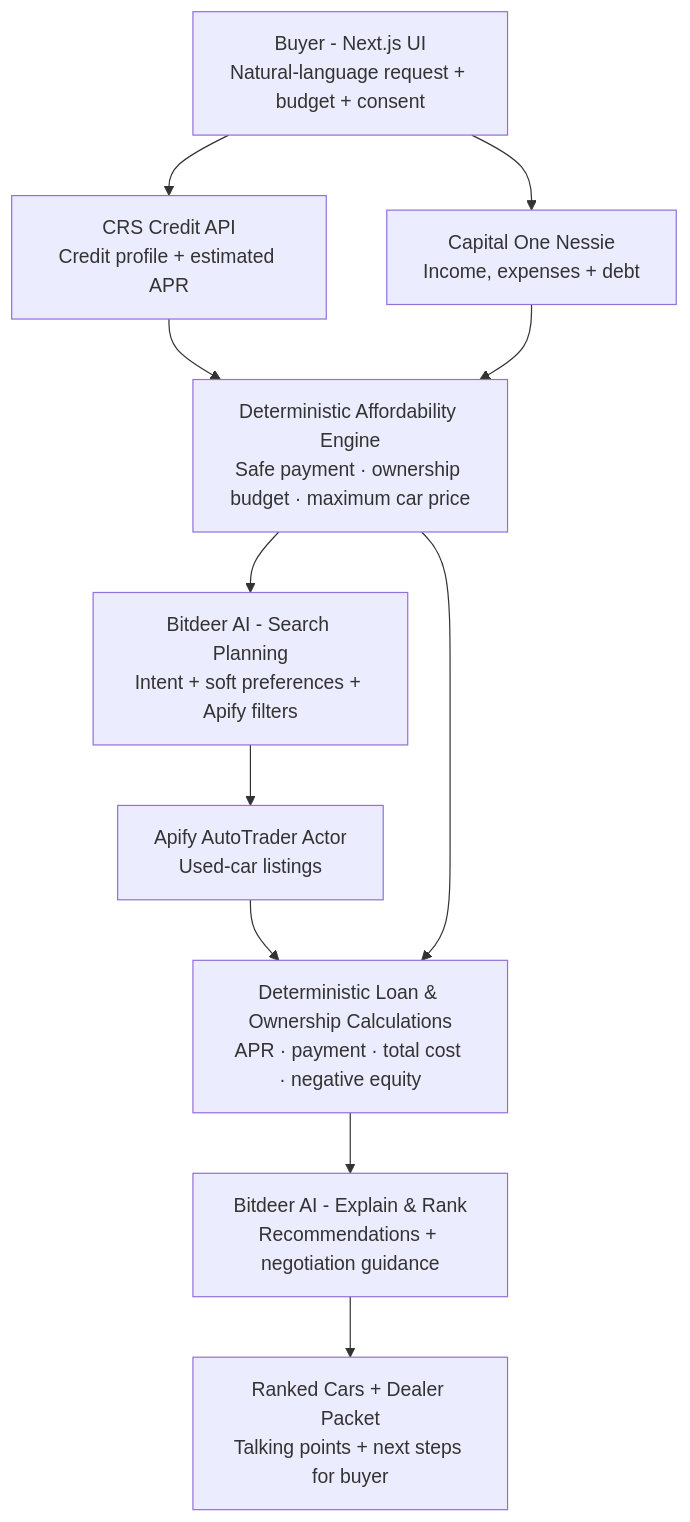
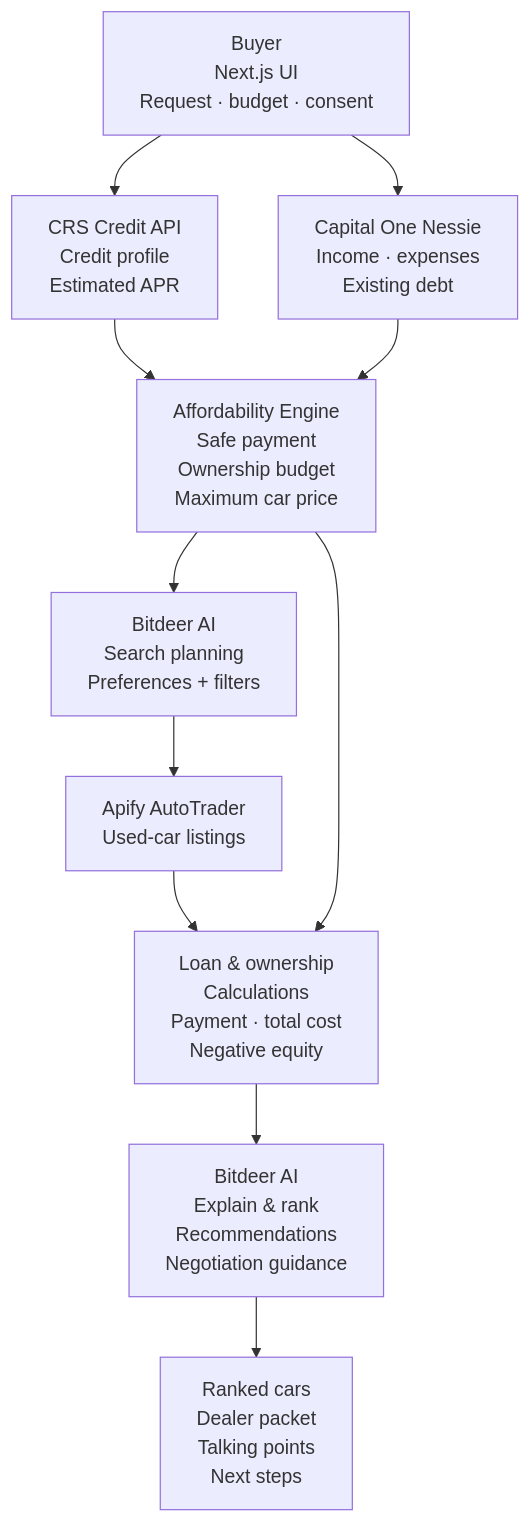
Before and after one commit to aungbbo/second-gear: the diagram in README.md, drawn with Mermaid.

Commit message:
docs: fix README workflow diagram

````diff
--- a/README.md
+++ b/README.md
@@ -7,23 +7,23 @@
 ```mermaid
 flowchart TD
-    A[Buyer - Next.js UI<br/>Natural-language request + budget + consent]
-    B[CRS Credit API<br/>Credit profile + estimated APR]
-    C[Capital One Nessie<br/>Income, expenses + debt]
-    D[Deterministic Affordability Engine<br/>Safe payment · ownership budget · maximum car price]
-    E[Bitdeer AI - Search Planning<br/>Intent + soft preferences + Apify filters]
-    F[Apify AutoTrader Actor<br/>Used-car listings]
-    G[Deterministic Loan & Ownership Calculations<br/>APR · payment · total cost · negative equity]
-    H[Bitdeer AI - Explain & Rank<br/>Recommendations + negotiation guidance]
-    I[Ranked Cars + Dealer Packet<br/>Talking points + next steps for buyer]
+    A["Buyer<br/>Next.js UI<br/>Request · budget · consent"]
+    B["CRS Credit API<br/>Credit profile<br/>Estimated APR"]
+    C["Capital One Nessie<br/>Income · expenses<br/>Existing debt"]
+    D["Affordability Engine<br/>Safe payment<br/>Ownership budget<br/>Maximum car price"]
+    E["Bitdeer AI<br/>Search planning<br/>Preferences + filters"]
+    F["Apify AutoTrader<br/>Used-car listings"]
+    G["Loan & ownership<br/>Calculations<br/>Payment · total cost<br/>Negative equity"]
+    H["Bitdeer AI<br/>Explain & rank<br/>Recommendations<br/>Negotiation guidance"]
+    I["Ranked cars<br/>Dealer packet<br/>Talking points<br/>Next steps"]
 
     A --> B
     A --> C
     B --> D
     C --> D
     D --> E
     E --> F
     F --> G
     D --> G
     G --> H
     H --> I
 ```
````
